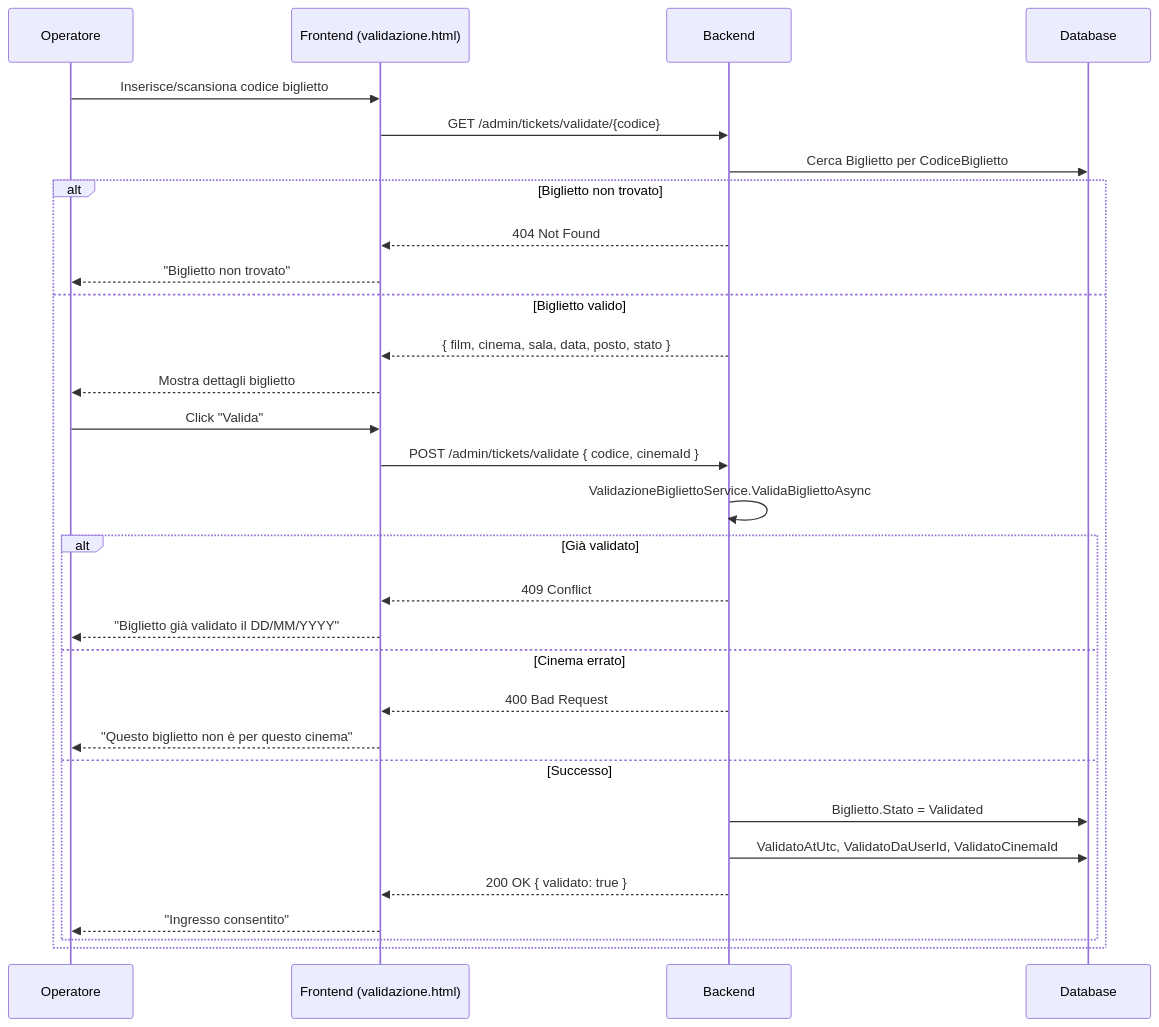
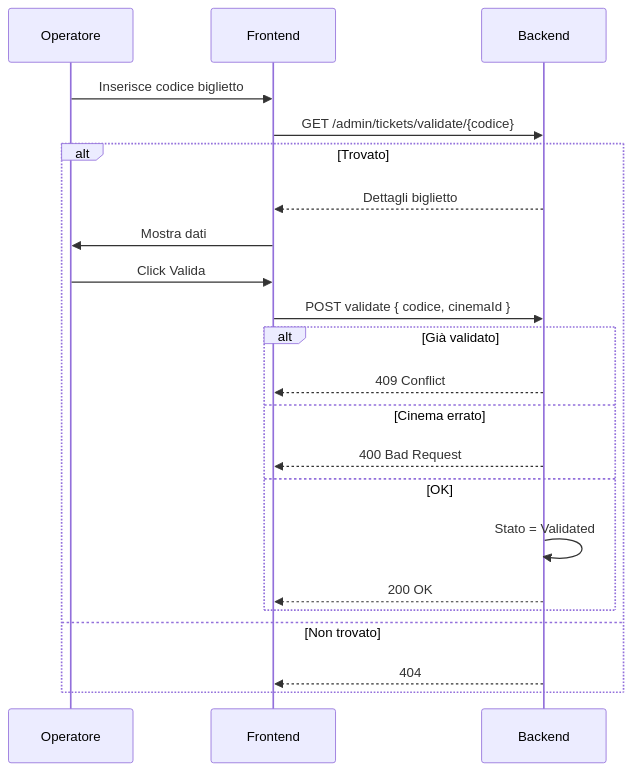
Before and after one commit to RizzoThomas/esercizioopencodefilm: the third of 3 diagrams in film-app-dev_iteration_4/presentazione/07-ticketing.md, drawn with Mermaid. The commit also changed other lines of this file and 16 other files, not shown here.

````diff
--- a/film-app-dev_iteration_4/presentazione/07-ticketing.md
+++ b/film-app-dev_iteration_4/presentazione/07-ticketing.md
@@ -137,36 +123,28 @@
 ```mermaid
 sequenceDiagram
-    participant O as Operatore
-    participant F as Frontend (validazione.html)
-    participant B as Backend
-    participant DB as Database
+    participant OP as Operatore
+    participant FE as Frontend
+    participant API as Backend
 
-    O->>F: Inserisce/scansiona codice biglietto
-    F->>B: GET /admin/tickets/validate/{codice}
-    B->>DB: Cerca Biglietto per CodiceBiglietto
+    OP->>FE: Inserisce codice biglietto
+    FE->>API: GET /admin/tickets/validate/{codice}
     
-    Alt Biglietto non trovato
-        B-->>F: 404 Not Found
-        F-->>O: "Biglietto non trovato"
-    Else Biglietto valido
-        B-->>F: { film, cinema, sala, data, posto, stato }
-        F-->>O: Mostra dettagli biglietto
-        
-        O->>F: Click "Valida"
-        F->>B: POST /admin/tickets/validate { codice, cinemaId }
-        B->>B: ValidazioneBigliettoService.ValidaBigliettoAsync
+    Alt Trovato
+        API-->>FE: Dettagli biglietto
+        FE->>OP: Mostra dati
+        OP->>FE: Click Valida
+        FE->>API: POST validate { codice, cinemaId }
         
         Alt Già validato
-            B-->>F: 409 Conflict
-            F-->>O: "Biglietto già validato il DD/MM/YYYY"
+            API-->>FE: 409 Conflict
         Else Cinema errato
-            B-->>F: 400 Bad Request
-            F-->>O: "Questo biglietto non è per questo cinema"
-        Else Successo
-            B->>DB: Biglietto.Stato = Validated
-            B->>DB: ValidatoAtUtc, ValidatoDaUserId, ValidatoCinemaId
-            B-->>F: 200 OK { validato: true }
-            F-->>O: "Ingresso consentito"
+            API-->>FE: 400 Bad Request
+        Else OK
+            API->>API: Stato = Validated
+            API-->>FE: 200 OK
         End
+        
+    Else Non trovato
+        API-->>FE: 404
     End
 ```
````
